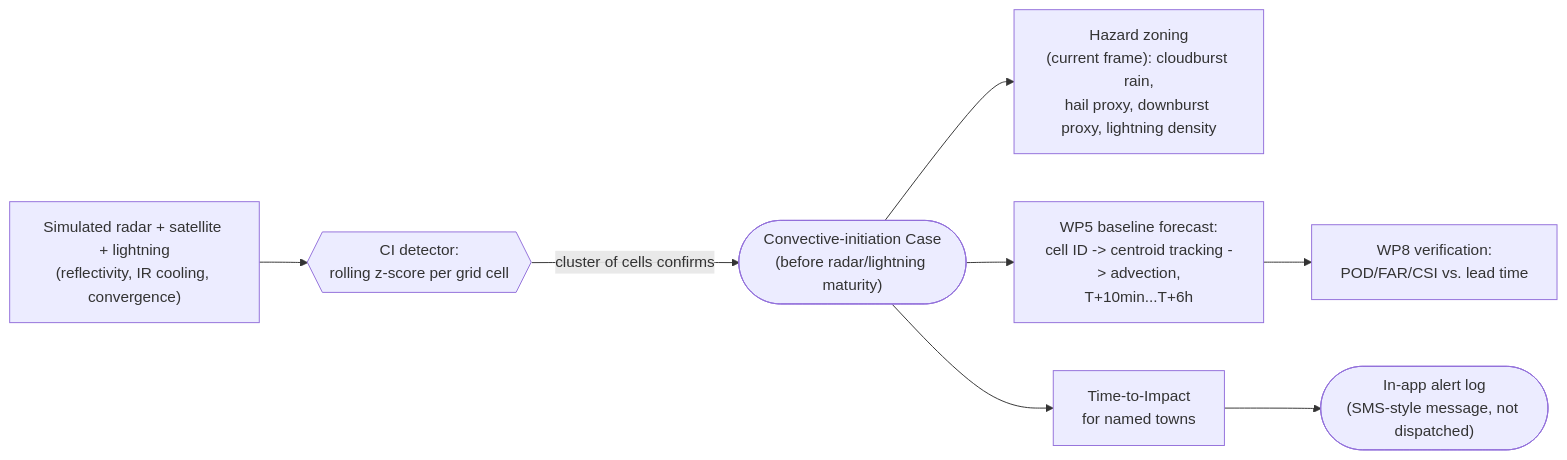
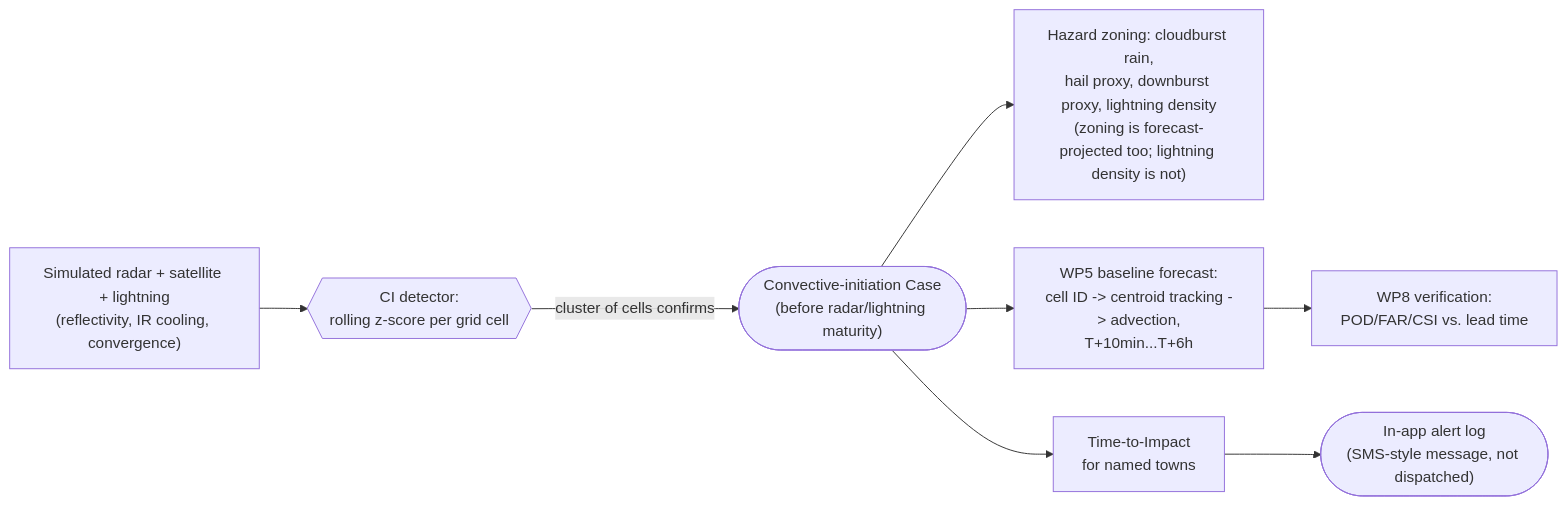
The diagram in README.md (buildc3/ResQ), drawn with Mermaid before and after one commit. The commit also changed other lines of this file and 8 other files, not shown here.

````diff
--- a/README.md
+++ b/README.md
@@ -14,10 +14,10 @@
 ```mermaid
 flowchart LR
     S["Simulated radar + satellite + lightning\n(reflectivity, IR cooling, convergence)"] --> CI{{"CI detector:\nrolling z-score per grid cell"}}
     CI -->|"cluster of cells confirms"| CASE(["Convective-initiation Case\n(before radar/lightning maturity)"])
-    CASE --> HZ["Hazard zoning\n(current frame): cloudburst rain,\nhail proxy, downburst proxy, lightning density"]
+    CASE --> HZ["Hazard zoning: cloudburst rain,\nhail proxy, downburst proxy, lightning density\n(zoning is forecast-projected too; lightning density is not)"]
     CASE --> FC["WP5 baseline forecast:\ncell ID -> centroid tracking -> advection,\nT+10min...T+6h"]
     FC --> SKILL["WP8 verification:\nPOD/FAR/CSI vs. lead time"]
     CASE --> TTI["Time-to-Impact\nfor named towns"]
     TTI --> ALERT(["In-app alert log\n(SMS-style message, not dispatched)"])
 ```
````
